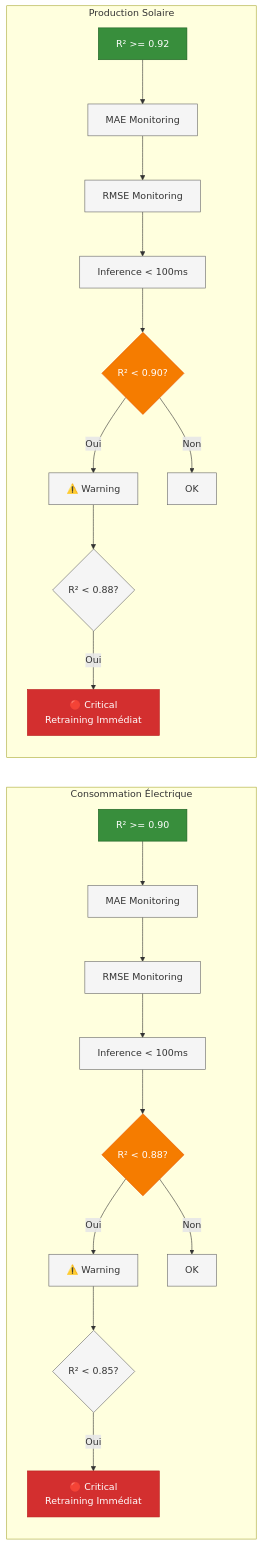
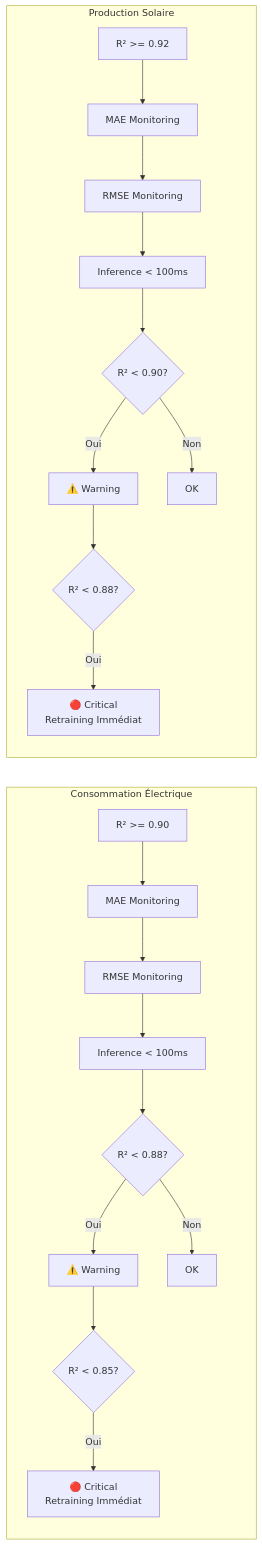
Diagram 14 of 21 in docs/ARCHITECTURE_MLOPS.md (jinsudai/jinsudai), drawn with Mermaid before and after one commit. The commit also changed other lines of this file, not shown here.

````diff
--- a/docs/ARCHITECTURE_MLOPS.md
+++ b/docs/ARCHITECTURE_MLOPS.md
@@ -552,33 +442,26 @@
 ```mermaid
 graph LR
-    classDef ok fill:#388E3C,stroke:#1B5E20,color:#fff
-    classDef warning fill:#F57C00,stroke:#E65100,color:#fff
-    classDef critical fill:#D32F2F,stroke:#B71C1C,color:#fff
-    classDef default fill:#f5f5f5,stroke:#666,color:#333
 
     subgraph "Consommation Électrique"
         C1[R² >= 0.90] --> C2[MAE Monitoring]
         C2 --> C3[RMSE Monitoring]
         C3 --> C4[Inference < 100ms]
         C4 --> C5{R² < 0.88?}
         C5 -->|Oui| C6[⚠️ Warning]
         C5 -->|Non| C7[OK]
         C6 --> C8{R² < 0.85?}
         C8 -->|Oui| C9[🔴 Critical<br/>Retraining Immédiat]
     end
 
     subgraph "Production Solaire"
         S1[R² >= 0.92] --> S2[MAE Monitoring]
         S2 --> S3[RMSE Monitoring]
         S3 --> S4[Inference < 100ms]
         S4 --> S5{R² < 0.90?}
         S5 -->|Oui| S6[⚠️ Warning]
         S5 -->|Non| S7[OK]
         S6 --> S8{R² < 0.88?}
         S8 -->|Oui| S9[🔴 Critical<br/>Retraining Immédiat]
     end
 
-    class C1,S1 ok
-    class C5,S5 warning
-    class C9,S9 critical
 ```
````
